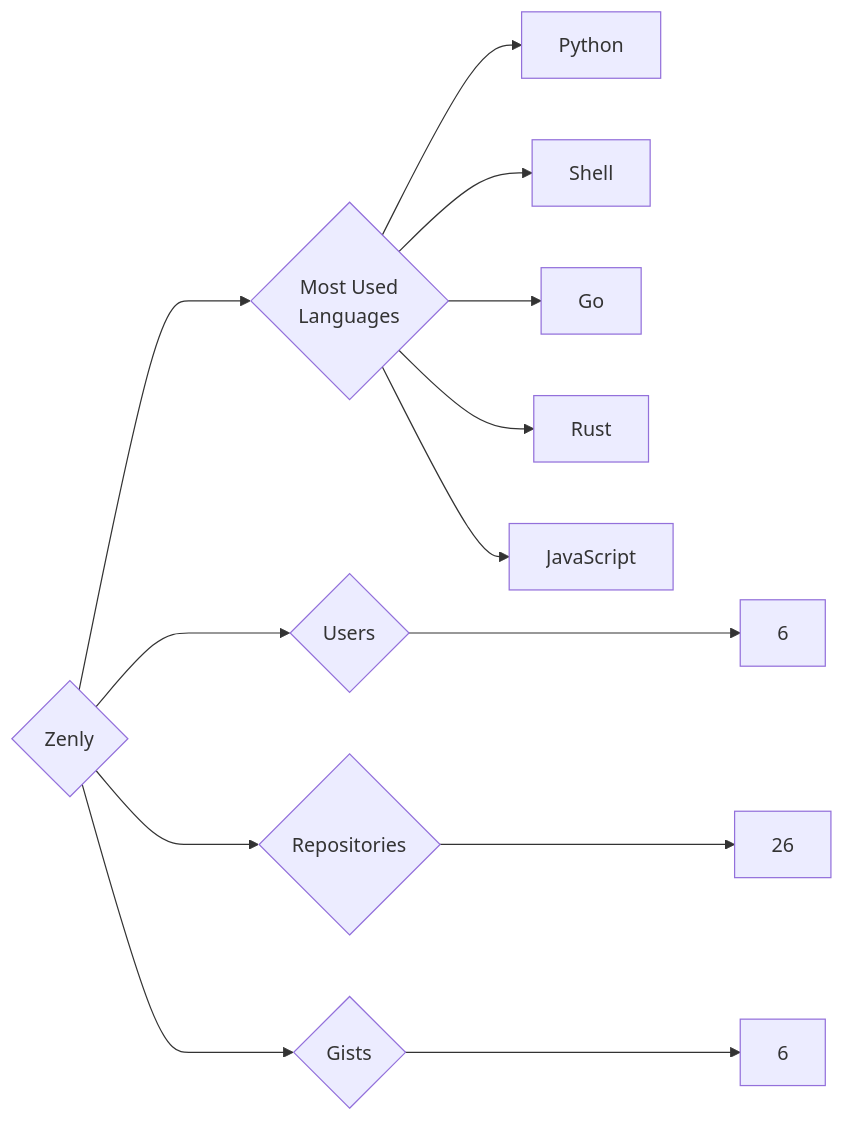
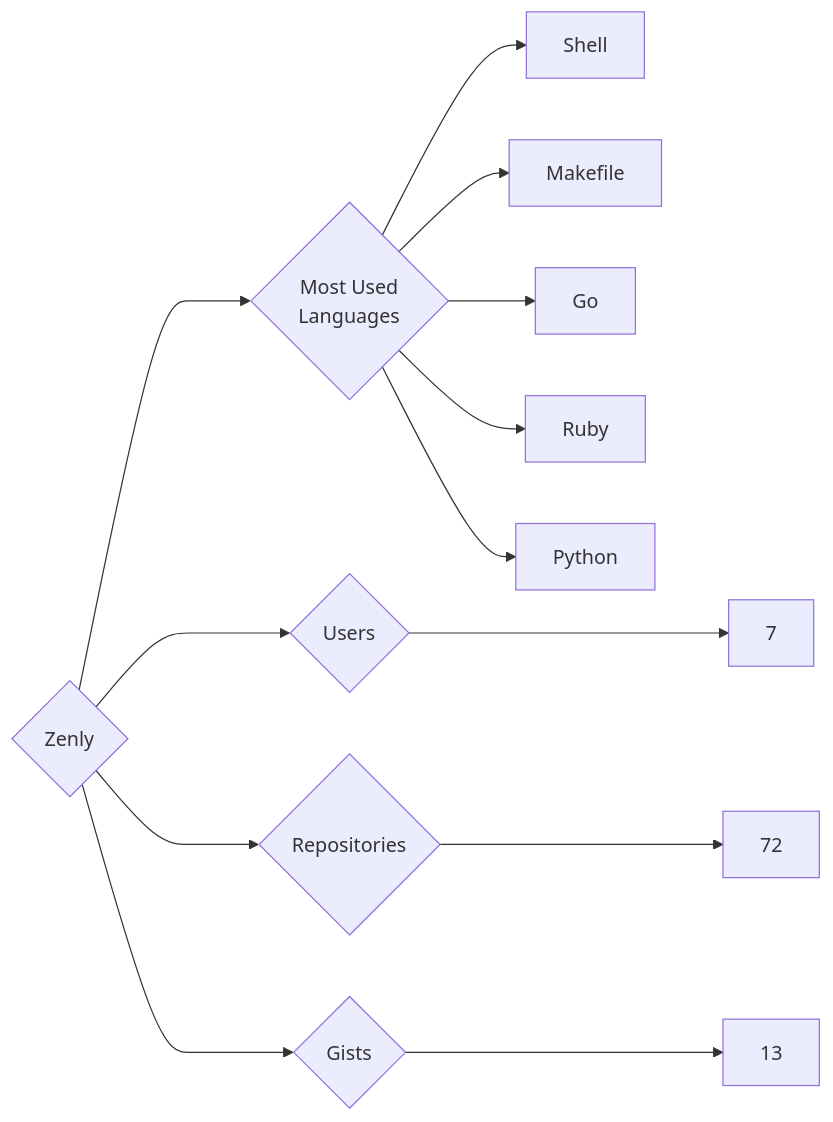
The diagram in targets/Zenly/README.md (trickest/insiders), drawn with Mermaid before and after one commit. The commit also changed 965 other files, not shown here.

````diff
--- a/targets/Zenly/README.md
+++ b/targets/Zenly/README.md
@@ -3,13 +3,13 @@
 ```mermaid
 graph LR
 COMPANY_NAME{Zenly}
-COMPANY_NAME ---> U{Users} ---> UN[6]
-COMPANY_NAME ---> R{Repositories} ---> RN[26]
-COMPANY_NAME ---> G{Gists} ---> GN[6]
+COMPANY_NAME ---> U{Users} ---> UN[7]
+COMPANY_NAME ---> R{Repositories} ---> RN[72]
+COMPANY_NAME ---> G{Gists} ---> GN[13]
 COMPANY_NAME ---> ML{Most Used<br>Languages}
+ML --> Shell[Shell]
+ML --> Makefile[Makefile]
+ML --> Go[Go]
+ML --> Ruby[Ruby]
 ML --> Python[Python]
-ML --> Shell[Shell]
-ML --> Go[Go]
-ML --> Rust[Rust]
-ML --> JavaScript[JavaScript]
 ```
````
